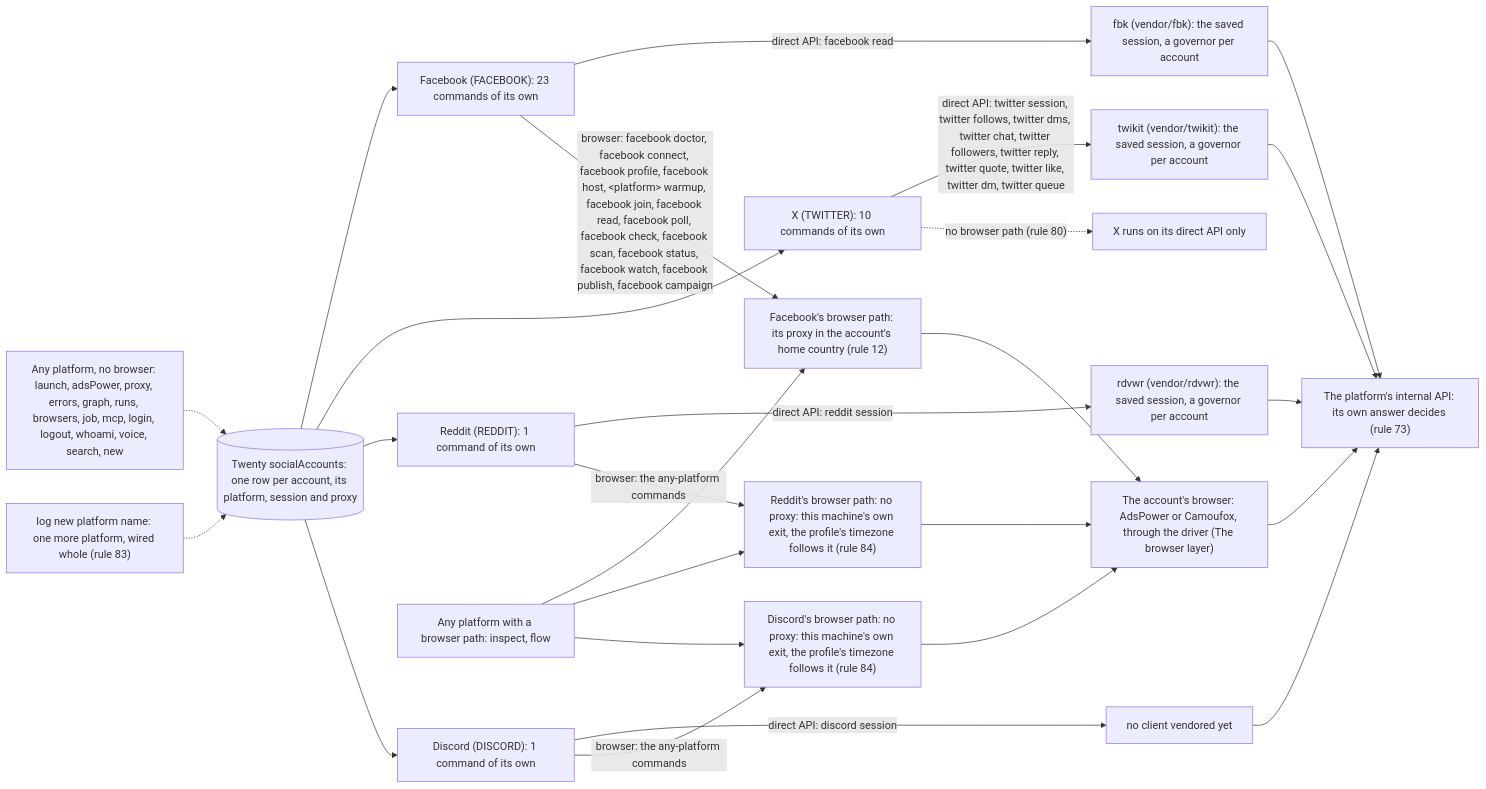
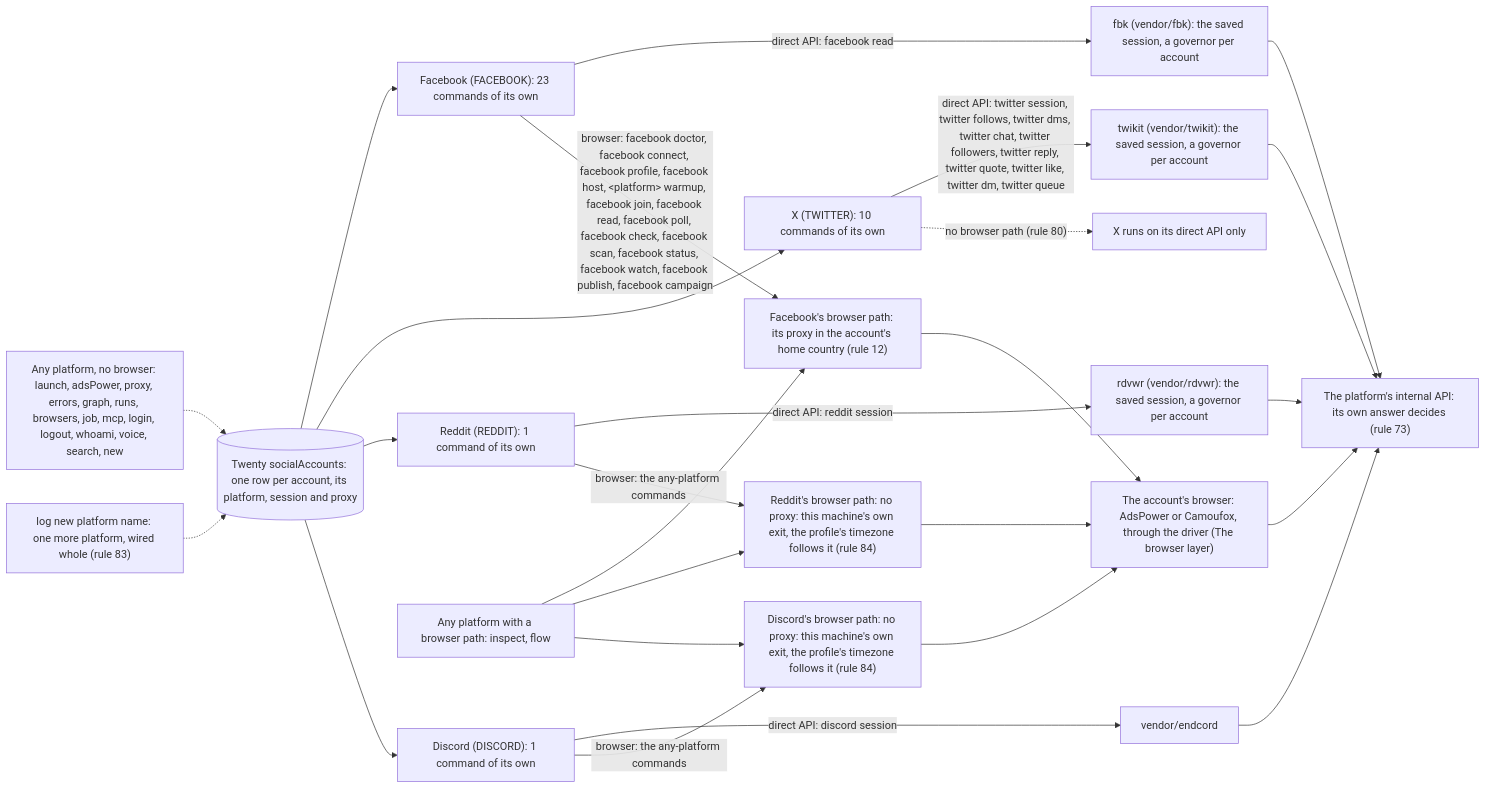
Before and after one commit to matthewdonsemail-lab/log: the first of 6 diagrams in README.md, drawn with Mermaid. The commit also changed other lines of this file and 61 other files, not shown here.

Commit message:
feat(discord): endcord vendored, and log discord session check runs on it

````diff
--- a/README.md
+++ b/README.md
@@ -126,37 +126,37 @@
 ```mermaid
 flowchart LR
   twenty[("Twenty socialAccounts: one row per account, its platform, session and proxy")]
   api["The platform's internal API: its own answer decides (rule 73)"]
   drivers["The account's browser: AdsPower or Camoufox, through the driver (The browser layer)"]
   p_facebook["Facebook (FACEBOOK): 23 commands of its own"]
   twenty --> p_facebook
   p_facebook -->|"direct API: facebook read"| e_fbk["fbk (vendor/fbk): the saved session, a governor per account"]
   e_fbk --> api
   p_facebook -->|"browser: facebook doctor, facebook connect, facebook profile, facebook host, #lt;platform#gt; warmup, facebook join, facebook read, facebook poll, facebook check, facebook scan, facebook status, facebook watch, facebook publish, facebook campaign"| b_facebook["Facebook's browser path: its proxy in the account's home country (rule 12)"]
   b_facebook --> drivers
   p_twitter["X (TWITTER): 10 commands of its own"]
   twenty --> p_twitter
   p_twitter -->|"direct API: twitter session, twitter follows, twitter dms, twitter chat, twitter followers, twitter reply, twitter quote, twitter like, twitter dm, twitter queue"| e_twikit["twikit (vendor/twikit): the saved session, a governor per account"]
   e_twikit --> api
   p_twitter -.->|"no browser path (rule 80)"| nob_twitter["X runs on its direct API only"]
   p_reddit["Reddit (REDDIT): 1 command of its own"]
   twenty --> p_reddit
   p_reddit -->|"direct API: reddit session"| e_rdvwr["rdvwr (vendor/rdvwr): the saved session, a governor per account"]
   e_rdvwr --> api
   p_reddit -->|"browser: the any-platform commands"| b_reddit["Reddit's browser path: no proxy: this machine's own exit, the profile's timezone follows it (rule 84)"]
   b_reddit --> drivers
   p_discord["Discord (DISCORD): 1 command of its own"]
   twenty --> p_discord
-  p_discord -->|"direct API: discord session"| e_no_client_vendored_yet["no client vendored yet"]
-  e_no_client_vendored_yet --> api
+  p_discord -->|"direct API: discord session"| e_vendor_endcord["vendor/endcord"]
+  e_vendor_endcord --> api
   p_discord -->|"browser: the any-platform commands"| b_discord["Discord's browser path: no proxy: this machine's own exit, the profile's timezone follows it (rule 84)"]
   b_discord --> drivers
   anyB["Any platform with a browser path: inspect, flow"]
   anyB --> b_facebook
   anyB --> b_reddit
   anyB --> b_discord
   anyN["Any platform, no browser: launch, adsPower, proxy, errors, graph, runs, browsers, job, mcp, login, logout, whoami, voice, search, new"]
   anyN -.-> twenty
   newP["log new platform name: one more platform, wired whole (rule 83)"] -.-> twenty
   drivers --> api
 ```
````
